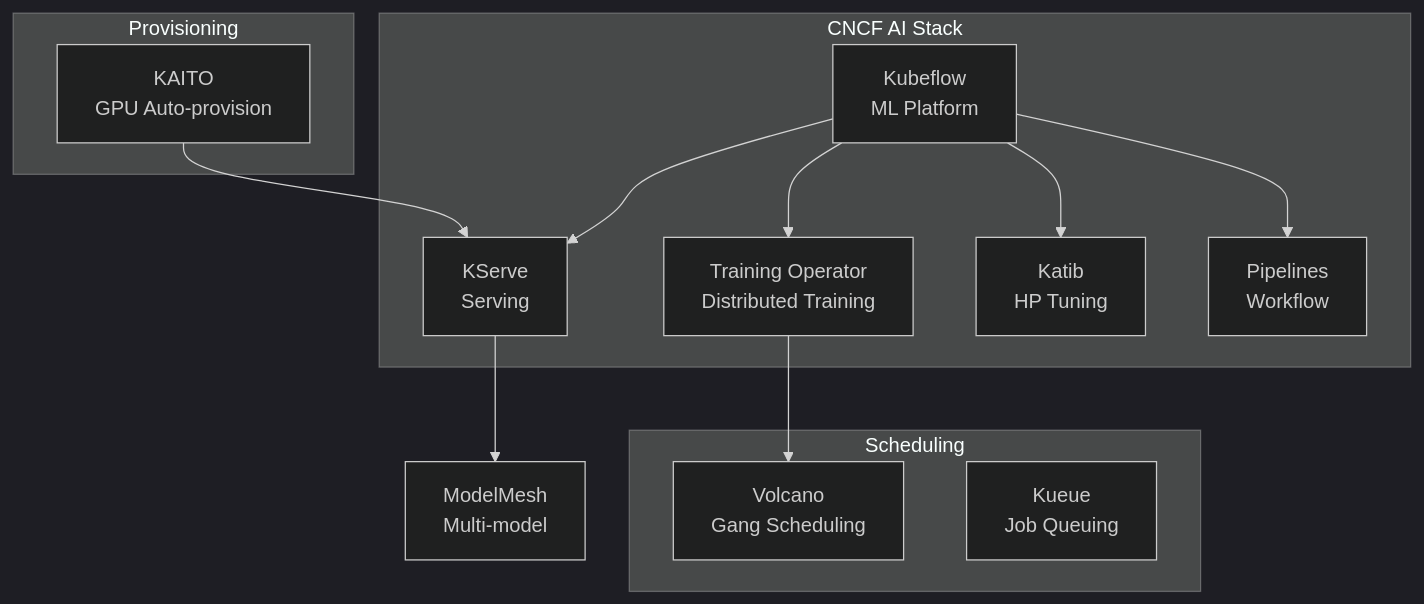
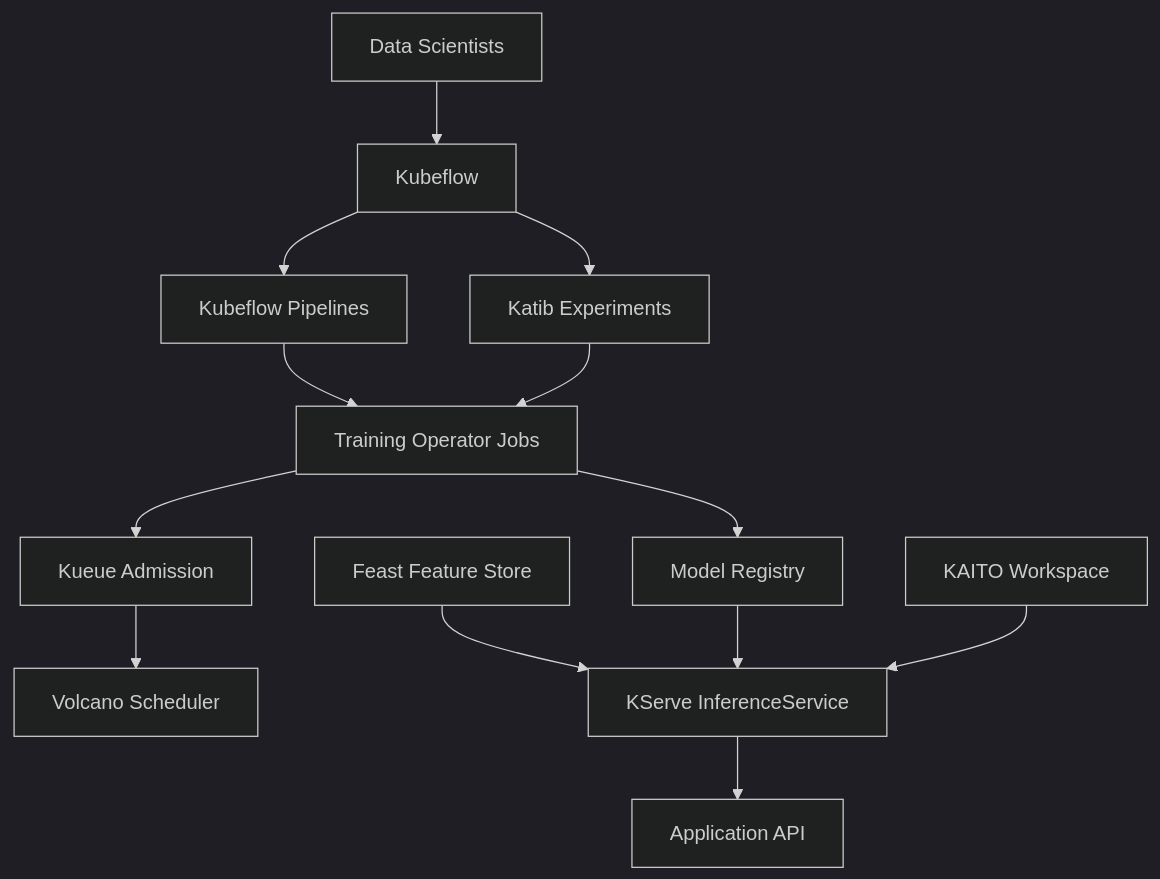
The diagram in src/content/recipes/cnai-cncf-ai-projects-landscape.md (greg4fun/kubernetesrecipes.github.io), drawn with Mermaid (dark theme) before and after one commit. The commit also changed other lines of this file and 3 other files, not shown here.

````diff
--- a/src/content/recipes/cnai-cncf-ai-projects-landscape.md
+++ b/src/content/recipes/cnai-cncf-ai-projects-landscape.md
@@ -117,22 +100,15 @@
 ```mermaid
-graph TD
-    subgraph CNCF AI Stack
-        KF[Kubeflow<br/>ML Platform] --> KS[KServe<br/>Serving]
-        KF --> TO[Training Operator<br/>Distributed Training]
-        KF --> KAT[Katib<br/>HP Tuning]
-        KF --> PIP[Pipelines<br/>Workflow]
-    end
-    
-    subgraph Scheduling
-        VOL[Volcano<br/>Gang Scheduling]
-        KUE[Kueue<br/>Job Queuing]
-    end
-    
-    subgraph Provisioning
-        KAITO_N[KAITO<br/>GPU Auto-provision]
-    end
-    
-    TO --> VOL
-    KS --> MM[ModelMesh<br/>Multi-model]
-    KAITO_N --> KS
+flowchart TB
+    DEV[Data Scientists] --> KF[Kubeflow]
+    KF --> PIPE[Kubeflow Pipelines]
+    KF --> KATIB[Katib Experiments]
+    PIPE --> TRAIN[Training Operator Jobs]
+    KATIB --> TRAIN
+    TRAIN --> QUEUE[Kueue Admission]
+    QUEUE --> VOLCANO[Volcano Scheduler]
+    TRAIN --> REGISTRY[Model Registry]
+    FEAST[Feast Feature Store] --> KSERVE[KServe InferenceService]
+    REGISTRY --> KSERVE
+    KAITO[KAITO Workspace] --> KSERVE
+    KSERVE --> API[Application API]
 ```
````
